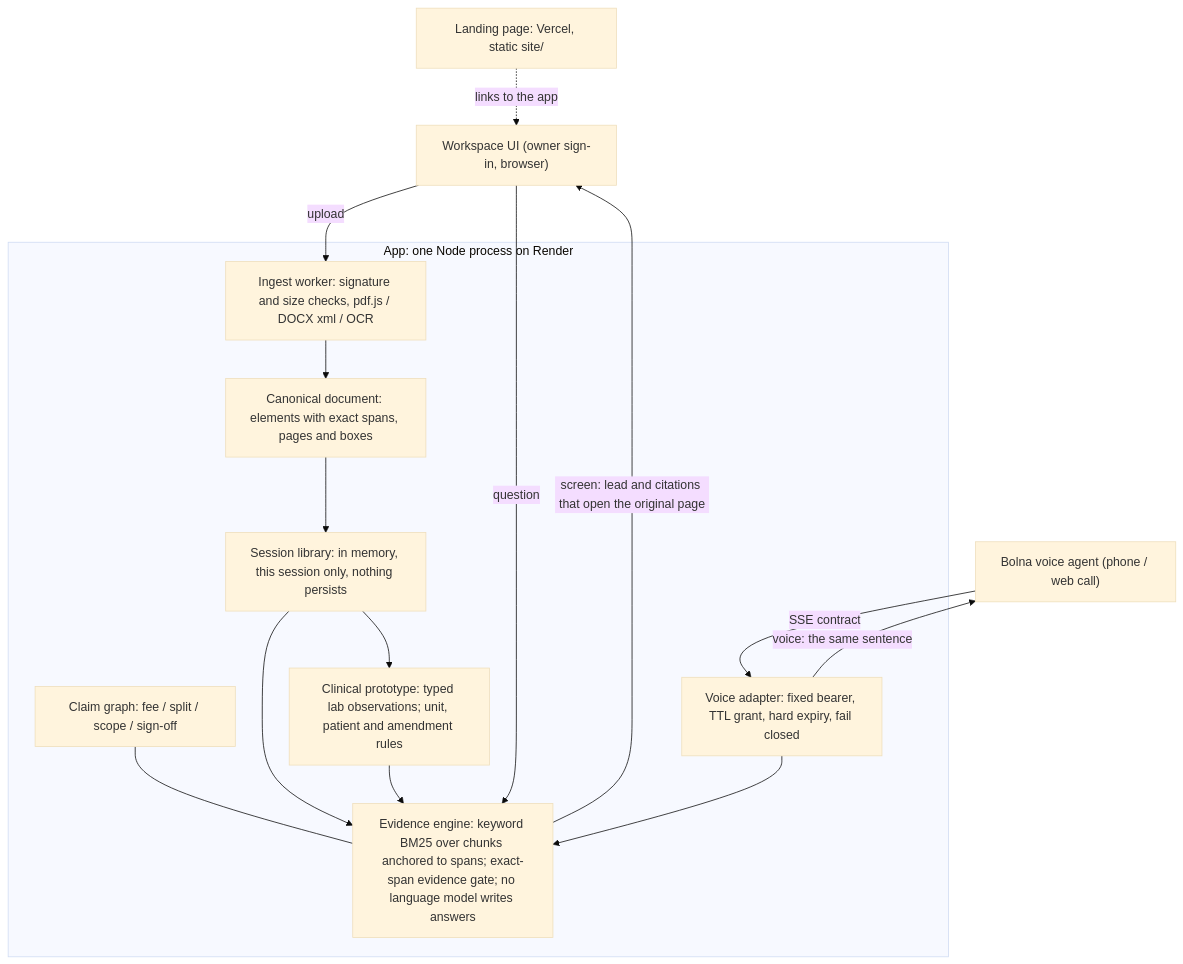
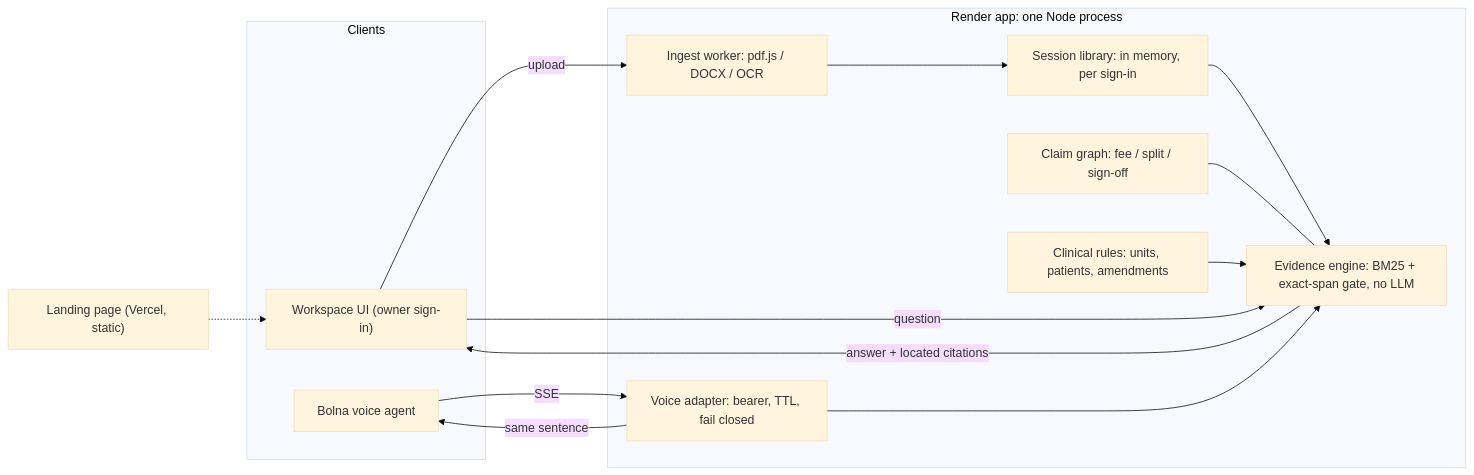
Before and after one commit to charan-rathore/voice-memory: the diagram in README.md, drawn with Mermaid (base theme). The commit also changed other lines of this file, not shown here.

Commit message:
README: compact LR architecture diagram; note unverified session isolation
Updated the README to clarify cross-session isolation and how the app works.

````diff
--- a/README.md
+++ b/README.md
@@ -78,27 +81,26 @@
 ```mermaid
-flowchart TB
-    UI["Workspace UI (owner sign-in, browser)"]
-    BA["Bolna voice agent (phone / web call)"]
-    LP["Landing page: Vercel, static site/"]
-    subgraph R["App: one Node process on Render"]
-        ING["Ingest worker: signature and size checks, pdf.js / DOCX xml / OCR"]
-        DOC["Canonical document: elements with exact spans, pages and boxes"]
-        LIB["Session library: in memory, this session only, nothing persists"]
-        ENG["Evidence engine: keyword BM25 over chunks anchored to spans; exact-span evidence gate; no language model writes answers"]
-        CLM["Claim graph: fee / split / scope / sign-off"]
-        CLN["Clinical prototype: typed lab observations; unit, patient and amendment rules"]
-        VA["Voice adapter: fixed bearer, TTL grant, hard expiry, fail closed"]
-        ING --> DOC --> LIB
+flowchart LR
+    LP["Landing page (Vercel, static)"] -.-> UI
+    subgraph Clients
+        UI["Workspace UI (owner sign-in)"]
+        BA["Bolna voice agent"]
+    end
+    subgraph App["Render app: one Node process"]
+        ING["Ingest worker: pdf.js / DOCX / OCR"]
+        LIB["Session library: in memory, per sign-in"]
+        ENG["Evidence engine: BM25 + exact-span gate, no LLM"]
+        CLM["Claim graph: fee / split / sign-off"]
+        CLN["Clinical rules: units, patients, amendments"]
+        VA["Voice adapter: bearer, TTL, fail closed"]
+        ING --> LIB
         LIB --> ENG
-        LIB --> CLN
         CLN --> ENG
         CLM --- ENG
+        VA --> ENG
     end
     UI -->|upload| ING
     UI -->|question| ENG
-    ENG -->|screen: lead and citations that open the original page| UI
-    BA -->|SSE contract| VA
-    VA --> ENG
-    VA -->|voice: the same sentence| BA
-    LP -.->|links to the app| UI
+    ENG -->|answer + located citations| UI
+    BA -->|SSE| VA
+    VA -->|same sentence| BA
 ```
````
